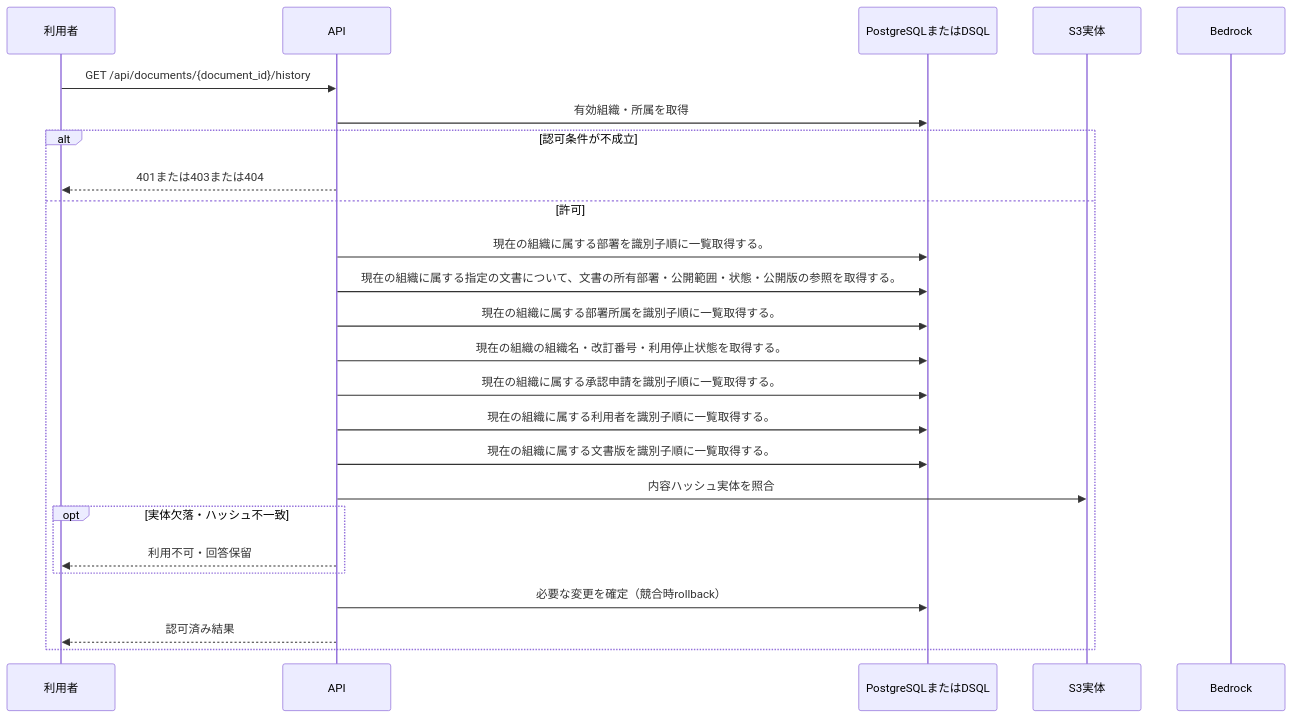
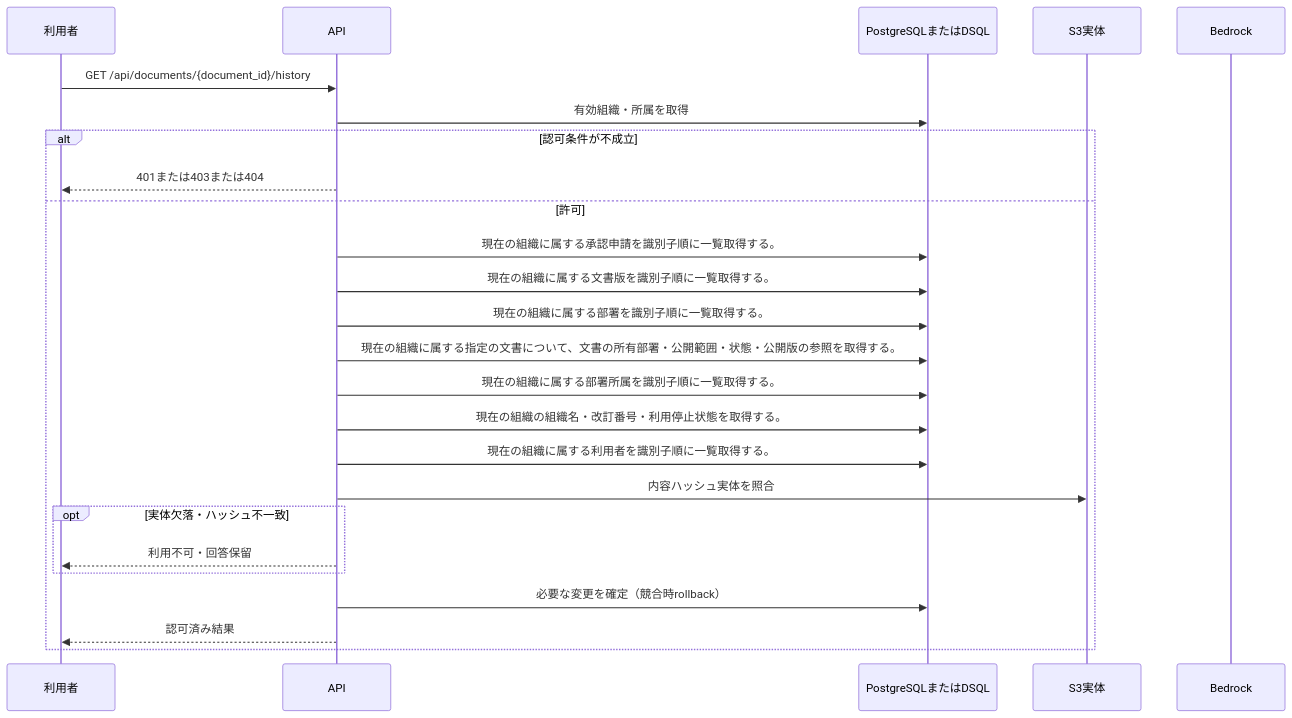
One commit to tsuji-tomonori/KotoRelay changed the diagram in docs/design/generated/api/documents/version_history/sequence.md. Above: the diagram before and after it, drawn with Mermaid. The commit also changed other lines of this file and 628 other files, not shown here.

````diff
--- a/docs/design/generated/api/documents/version_history/sequence.md
+++ b/docs/design/generated/api/documents/version_history/sequence.md
@@ -7,27 +7,27 @@
 ```mermaid
 sequenceDiagram
     participant U as 利用者
     participant A as API
     participant D as PostgreSQLまたはDSQL
     participant S as S3実体
     participant M as Bedrock
     U->>A: GET /api/documents/{document_id}/history
     A->>D: 有効組織・所属を取得
     alt 認可条件が不成立
         A-->>U: 401または403または404
     else 許可
+        A->>D: 現在の組織に属する承認申請を識別子順に一覧取得する。
+        A->>D: 現在の組織に属する文書版を識別子順に一覧取得する。
         A->>D: 現在の組織に属する部署を識別子順に一覧取得する。
         A->>D: 現在の組織に属する指定の文書について、文書の所有部署・公開範囲・状態・公開版の参照を取得する。
         A->>D: 現在の組織に属する部署所属を識別子順に一覧取得する。
         A->>D: 現在の組織の組織名・改訂番号・利用停止状態を取得する。
-        A->>D: 現在の組織に属する承認申請を識別子順に一覧取得する。
         A->>D: 現在の組織に属する利用者を識別子順に一覧取得する。
-        A->>D: 現在の組織に属する文書版を識別子順に一覧取得する。
         A->>S: 内容ハッシュ実体を照合
         opt 実体欠落・ハッシュ不一致
             A-->>U: 利用不可・回答保留
         end
         A->>D: 必要な変更を確定（競合時rollback）
         A-->>U: 認可済み結果
     end
 ```
````
